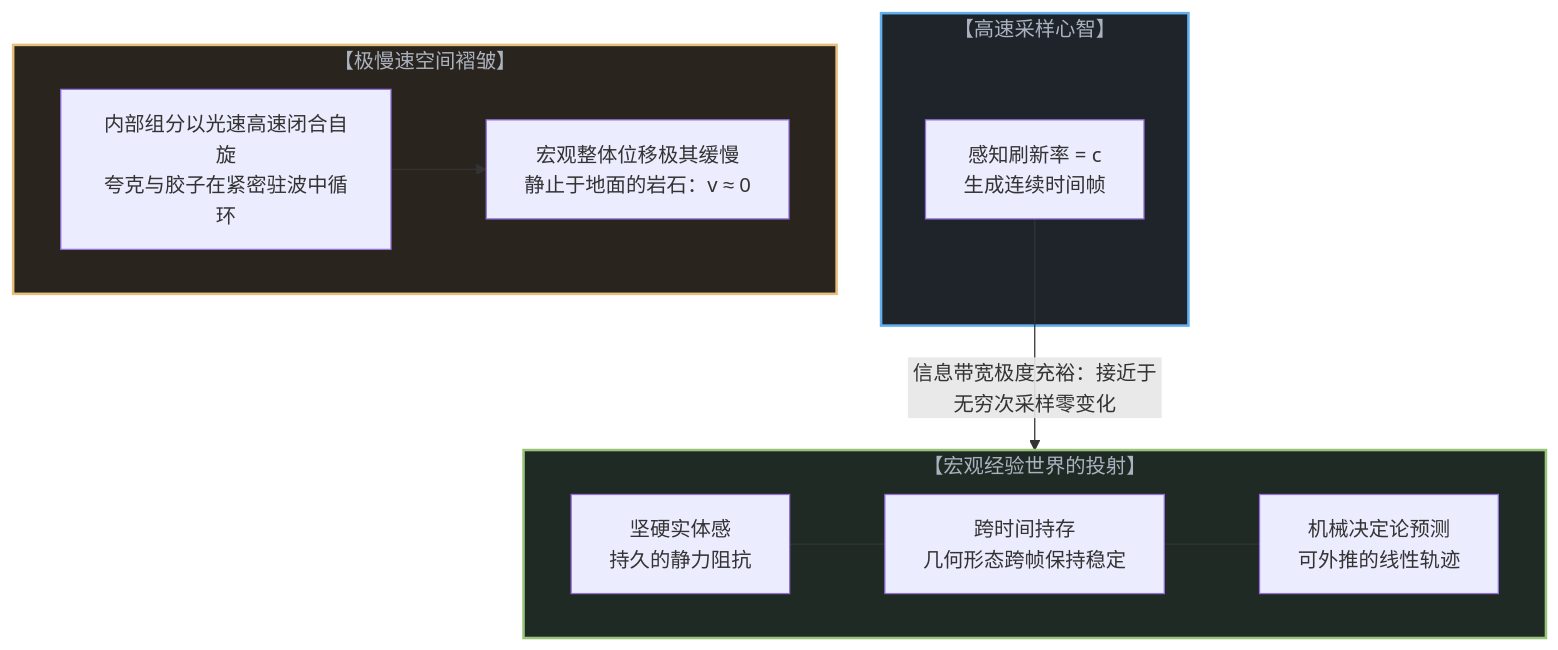
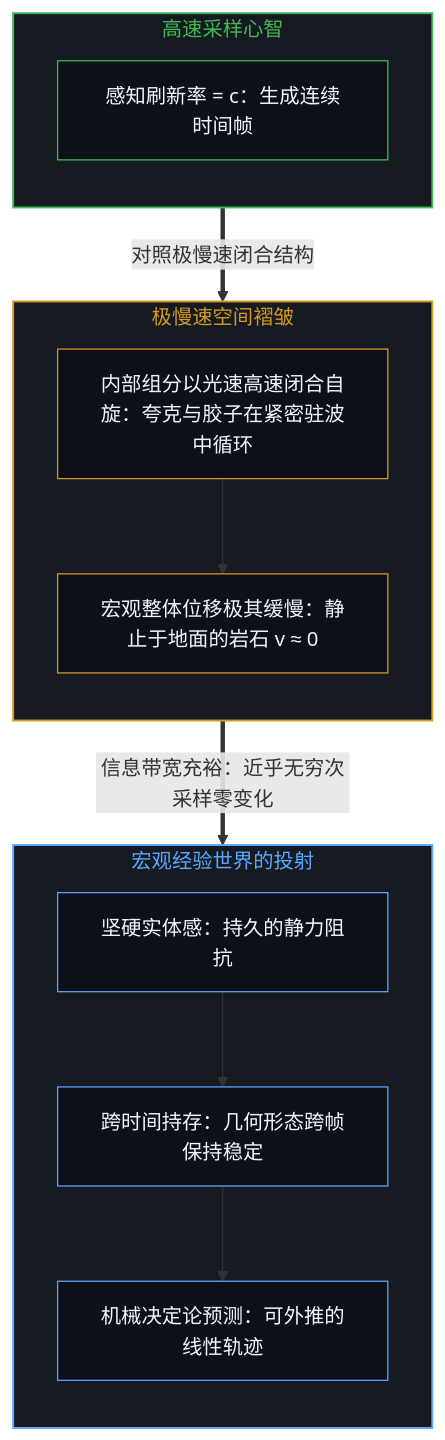
Before and after one commit to powerpig99/not-a-toe: the fifth of 10 diagrams in content/posts/the-velocity-of-visibility.md, drawn with Mermaid. The commit also changed other lines of this file and 23 other files, not shown here.

````diff
--- a/content/posts/the-velocity-of-visibility.md
+++ b/content/posts/the-velocity-of-visibility.md
@@ -167,25 +141,35 @@
 ```mermaid
-graph TD
-    subgraph HighFrequencyMind["【高速采样心智】"]
-        MindClock["感知刷新率 = c<br>生成连续时间帧"]
+flowchart TD
+    subgraph S_FastMind["高速采样心智"]
+        direction TB
+        MindClock["感知刷新率 = c：生成连续时间帧"]
     end
 
-    subgraph SlowFoldMatter["【极慢速空间褶皱】"]
-        InternalSpin["内部组分以光速高速闭合自旋<br>夸克与胶子在紧密驻波中循环"]
-        MacroMotion["宏观整体位移极其缓慢<br>静止于地面的岩石：v ≈ 0"]
+    subgraph S_SlowMatter["极慢速空间褶皱"]
+        direction TB
+        InternalSpin["内部组分以光速高速闭合自旋：夸克与胶子在紧密驻波中循环"]
+        MacroMotion["宏观整体位移极其缓慢：静止于地面的岩石 v ≈ 0"]
         InternalSpin --> MacroMotion
     end
 
-    MindClock -->|"信息带宽极度充裕：接近于无穷次采样零变化"| PerceptualProjection
-
-    subgraph PerceptualProjection["【宏观经验世界的投射】"]
-        Solidity["坚硬实体感<br>持久的静力阻抗"]
-        Permanence["跨时间持存<br>几何形态跨帧保持稳定"]
-        Determinism["机械决定论预测<br>可外推的线性轨迹"]
-        Solidity --- Permanence --- Determinism
+    subgraph S_Projection["宏观经验世界的投射"]
+        direction TB
+        Solidity["坚硬实体感：持久的静力阻抗"]
+        Permanence["跨时间持存：几何形态跨帧保持稳定"]
+        Determinism["机械决定论预测：可外推的线性轨迹"]
+        Solidity --> Permanence --> Determinism
     end
 
-    style HighFrequencyMind fill:#1f242a,stroke:#61afef,stroke-width:2px,color:#abb2bf
-    style SlowFoldMatter fill:#2a241f,stroke:#e5c07b,stroke-width:2px,color:#abb2bf
-    style PerceptualProjection fill:#1f2a24,stroke:#98c379,stroke-width:2px,color:#abb2bf
+    MindClock ==>|"对照极慢速闭合结构"| InternalSpin
+    MacroMotion ==>|"信息带宽充裕：近乎无穷次采样零变化"| Solidity
+
+    style S_FastMind fill:#161b22,stroke:#3fb950,stroke-width:1.5px,color:#3fb950
+    style S_SlowMatter fill:#161b22,stroke:#d29922,stroke-width:1.5px,color:#d29922
+    style S_Projection fill:#161b22,stroke:#58a6ff,stroke-width:1.5px,color:#58a6ff
+    style MindClock fill:#0d1117,stroke:#3fb950,stroke-width:1px,color:#f0f6fc
+    style InternalSpin fill:#0d1117,stroke:#d29922,stroke-width:1px,color:#f0f6fc
+    style MacroMotion fill:#0d1117,stroke:#d29922,stroke-width:1px,color:#f0f6fc
+    style Solidity fill:#0d1117,stroke:#58a6ff,stroke-width:1px,color:#f0f6fc
+    style Permanence fill:#0d1117,stroke:#58a6ff,stroke-width:1px,color:#f0f6fc
+    style Determinism fill:#0d1117,stroke:#58a6ff,stroke-width:1px,color:#f0f6fc
 ```
````
